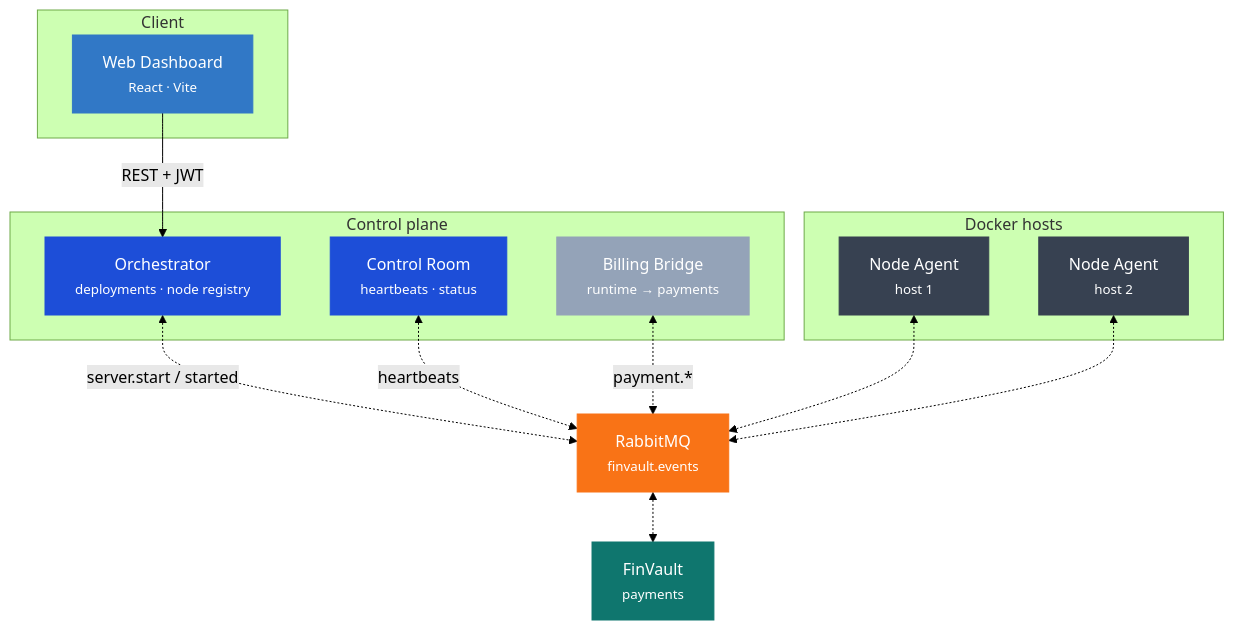
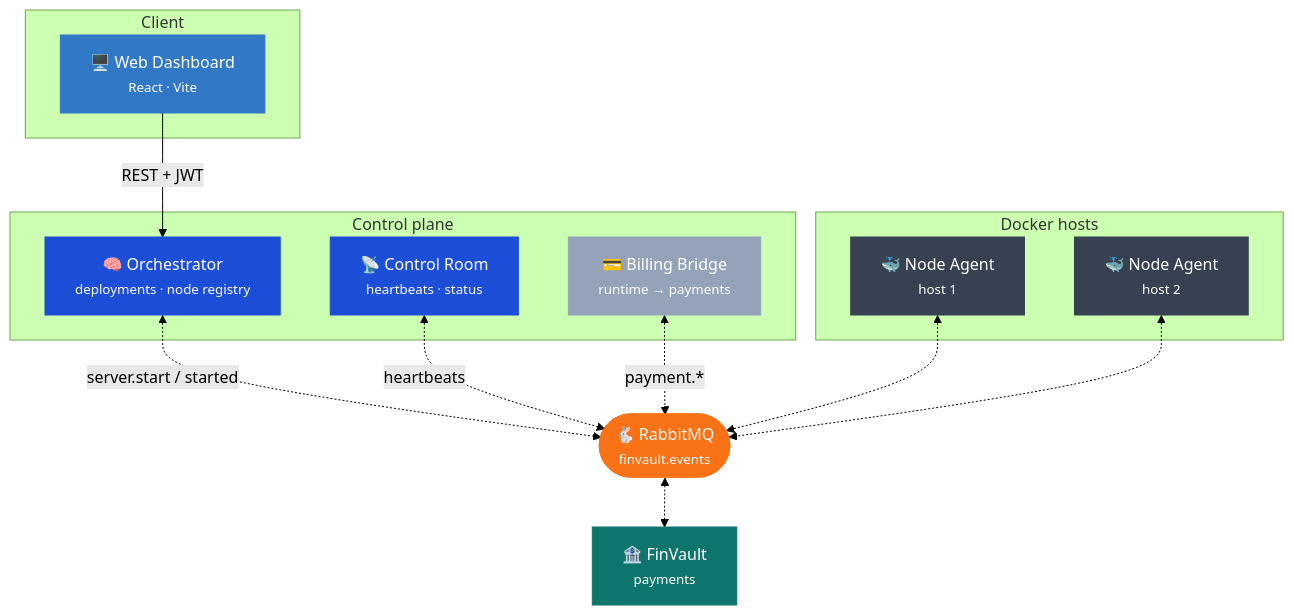
Before and after one commit to Tombomeke-Studios/NexusInfra: the first of 3 diagrams in README.md, drawn with Mermaid (forest theme). The commit also changed other lines of this file, not shown here.

````diff
--- a/README.md
+++ b/README.md
@@ -25,37 +63,37 @@
 ```mermaid
 graph TB
     subgraph Client
-        WEB["Web Dashboard<br/><small>React · Vite</small>"]
+        WEB["🖥️ Web Dashboard<br/><small>React · Vite</small>"]
     end
 
     subgraph "Control plane"
-        ORCH["Orchestrator<br/><small>deployments · node registry</small>"]
-        MON["Control Room<br/><small>heartbeats · status</small>"]
-        BILL["Billing Bridge<br/><small>runtime → payments</small>"]
+        ORCH["🧠 Orchestrator<br/><small>deployments · node registry</small>"]
+        MON["📡 Control Room<br/><small>heartbeats · status</small>"]
+        BILL["💳 Billing Bridge<br/><small>runtime → payments</small>"]
     end
 
     subgraph "Docker hosts"
-        N1["Node Agent<br/><small>host 1</small>"]
-        N2["Node Agent<br/><small>host 2</small>"]
+        N1["🐳 Node Agent<br/><small>host 1</small>"]
+        N2["🐳 Node Agent<br/><small>host 2</small>"]
     end
 
-    RMQ["RabbitMQ<br/><small>finvault.events</small>"]
-    FV["FinVault<br/><small>payments</small>"]
+    RMQ(["🐇 RabbitMQ<br/><small>finvault.events</small>"])
+    FV["🏦 FinVault<br/><small>payments</small>"]
 
     WEB -->|REST + JWT| ORCH
     ORCH <-.->|server.start / started| RMQ
     MON <-.->|heartbeats| RMQ
     BILL <-.->|payment.*| RMQ
     N1 <-.-> RMQ
     N2 <-.-> RMQ
     RMQ <-.-> FV
 
     style WEB fill:#3178c6,stroke:#3178c6,color:#fff
     style ORCH fill:#1d4ed8,stroke:#1d4ed8,color:#fff
     style MON fill:#1d4ed8,stroke:#1d4ed8,color:#fff
     style BILL fill:#94a3b8,stroke:#94a3b8,color:#fff
     style RMQ fill:#f97316,stroke:#f97316,color:#fff
     style FV fill:#0f766e,stroke:#0f766e,color:#fff
     style N1 fill:#374151,stroke:#374151,color:#fff
     style N2 fill:#374151,stroke:#374151,color:#fff
 ```
````
